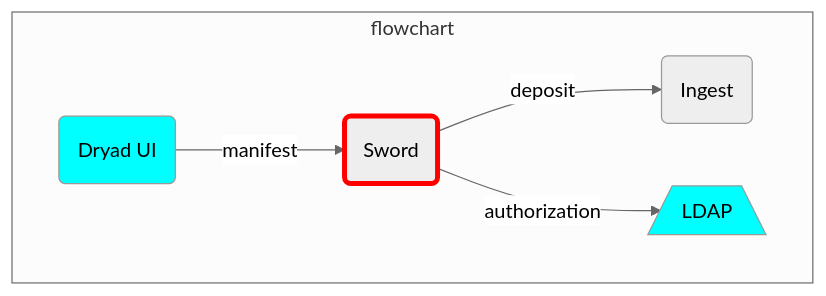
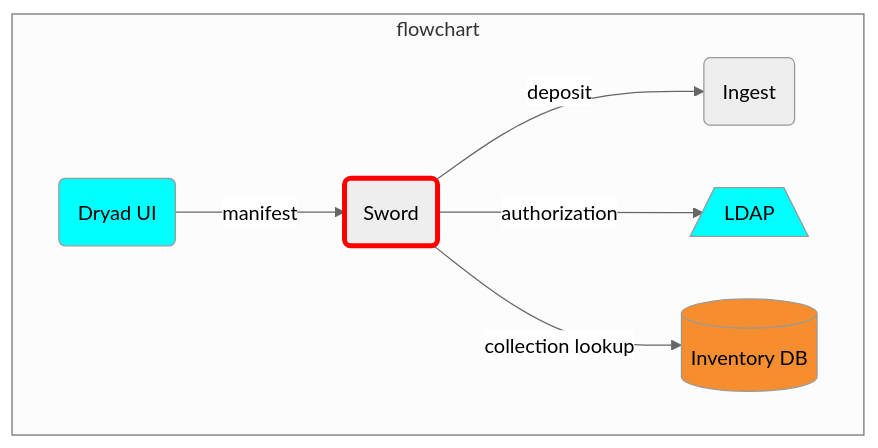
The diagram in diagrams/sword.mmd (CDLUC3/mrt-doc), drawn with Mermaid before and after one commit. The commit also changed 11 other files, not shown here.

```diff
--- a/diagrams/sword.mmd
+++ b/diagrams/sword.mmd
@@ -1,15 +1,18 @@
 %%{init: {'theme': 'neutral'}}%%
 graph TD
   DRYAD(Dryad UI)
   LDAP[/LDAP\]
   SWORD(Sword)
   ING(Ingest)
+  RDS[(Inventory DB)]
 
   subgraph flowchart
     DRYAD --> |manifest| SWORD
     SWORD --> |deposit| ING
     SWORD --> |authorization| LDAP
+    SWORD --> |collection lookup| RDS
   end
   style LDAP fill:cyan
   style DRYAD fill:cyan
   style SWORD stroke:red,stroke-width:4px
+  style RDS fill:#F68D2F
```
